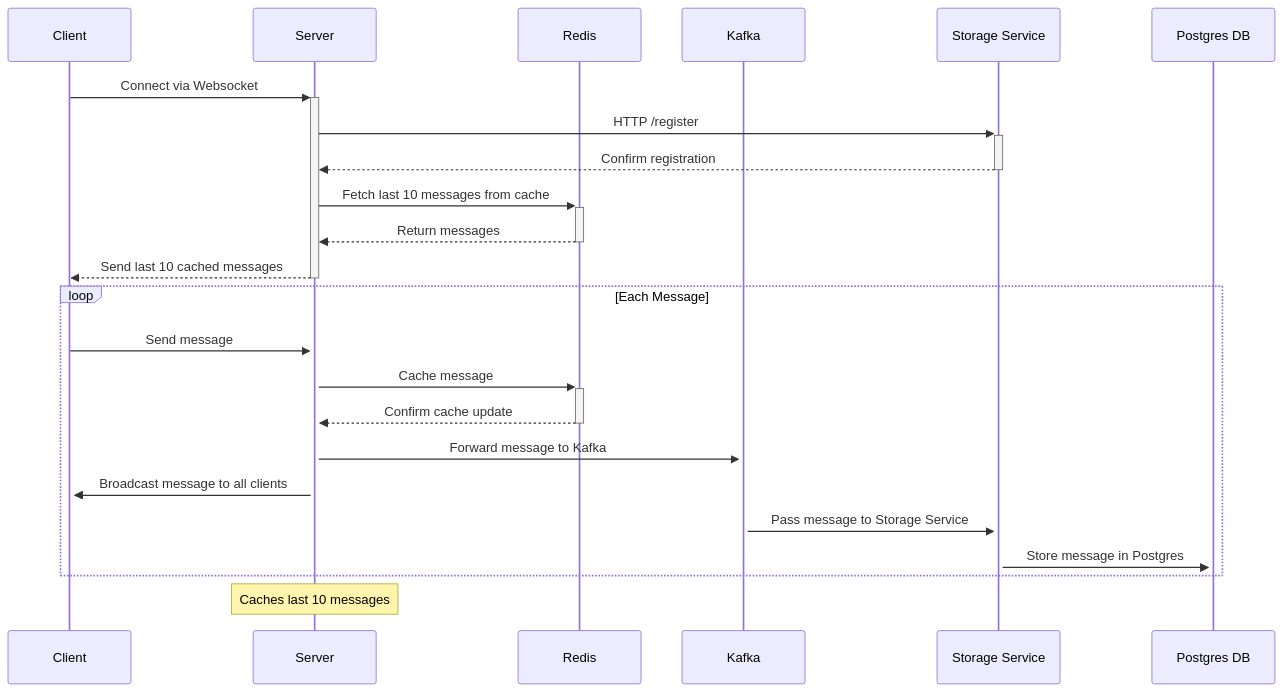
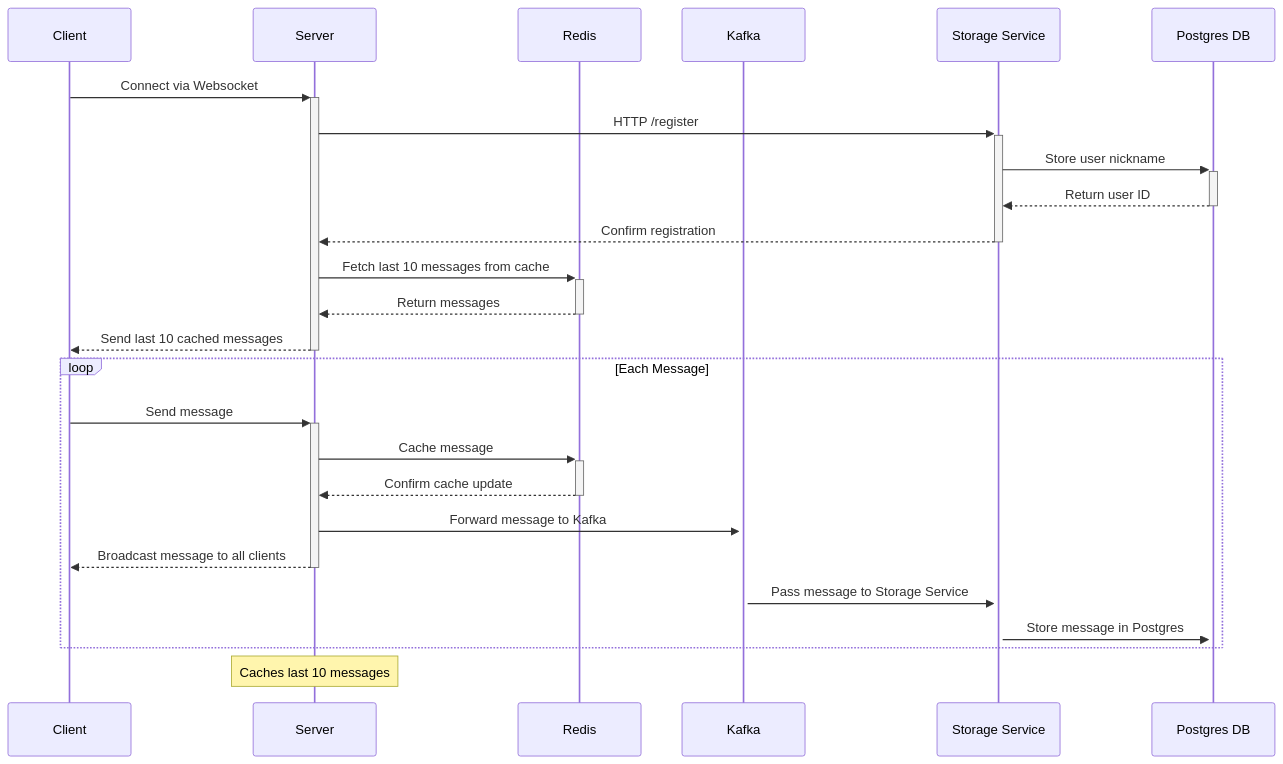
The diagram in README.md (vlasashk/websocket-chat), drawn with Mermaid before and after one commit.

Commit message:
UPD: README.md

````diff
--- a/README.md
+++ b/README.md
@@ -28,28 +28,30 @@
 ```mermaid
 sequenceDiagram
     participant C as Client
     participant S as Server
     participant R as Redis
     participant K as Kafka
     participant SS as Storage Service
     participant P as Postgres DB
 
     C->>+S: Connect via Websocket
     S->>+SS: HTTP /register
+    SS->>+P: Store user nickname
+    P-->>-SS: Return user ID
     SS-->>-S: Confirm registration
     S->>+R: Fetch last 10 messages from cache
     R-->>-S: Return messages
     S-->>-C: Send last 10 cached messages
 
     loop Each Message
         C->>+S: Send message
         S->>+R: Cache message
         R-->>-S: Confirm cache update
         S->>+K: Forward message to Kafka
-        S->>+C: Broadcast message to all clients
+        S-->>-C: Broadcast message to all clients
         K->>+SS: Pass message to Storage Service
         SS->>+P: Store message in Postgres
     end
 
     note over S: Caches last 10 messages
 ```
````
